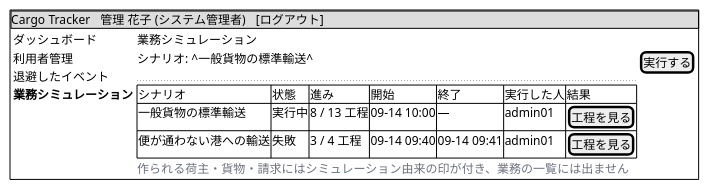
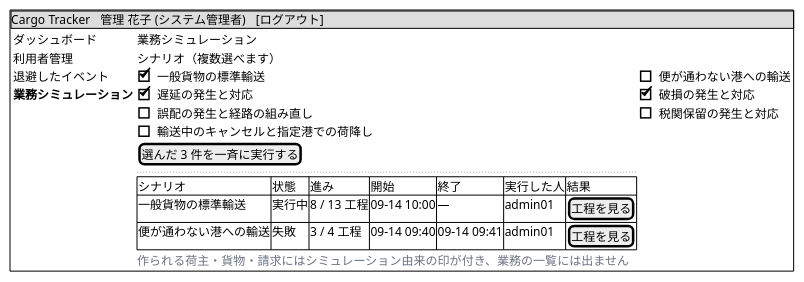
Before and after one commit to k2works/case-study-cargo-tracker: the ninth of 48 diagrams in docs/design/cargo-tracker/ui_design.md, drawn with PlantUML. The commit also changed other lines of this file and 13 other files, not shown here.

````diff
--- a/docs/design/cargo-tracker/ui_design.md
+++ b/docs/design/cargo-tracker/ui_design.md
@@ -535,26 +535,31 @@
 ```plantuml
 @startsalt
 {+
   {* Cargo Tracker | 管理 花子 (システム管理者) | [ログアウト] }
   {
     {
       ダッシュボード
       利用者管理
       退避したイベント
       <b>業務シミュレーション
     } |
     {
       業務シミュレーション
-      シナリオ: ^一般貨物の標準輸送^ | [実行する]
+      シナリオ（複数選べます）
+      [X] 一般貨物の標準輸送 | [ ] 便が通わない港への輸送
+      [X] 遅延の発生と対応 | [X] 破損の発生と対応
+      [ ] 誤配の発生と経路の組み直し | [ ] 税関保留の発生と対応
+      [ ] 輸送中のキャンセルと指定港での荷降し
+      [選んだ 3 件を一斉に実行する]
       ..
       {#
         シナリオ | 状態 | 進み | 開始 | 終了 | 実行した人 | 結果
         一般貨物の標準輸送 | 実行中 | 8 / 13 工程 | 09-14 10:00 | — | admin01 | [工程を見る]
         便が通わない港への輸送 | 失敗 | 3 / 4 工程 | 09-14 09:40 | 09-14 09:41 | admin01 | [工程を見る]
       }
       <color:#6B7280>作られる荷主・貨物・請求にはシミュレーション由来の印が付き、業務の一覧には出ません</color>
     }
   }
 }
 @endsalt
 ```
````
